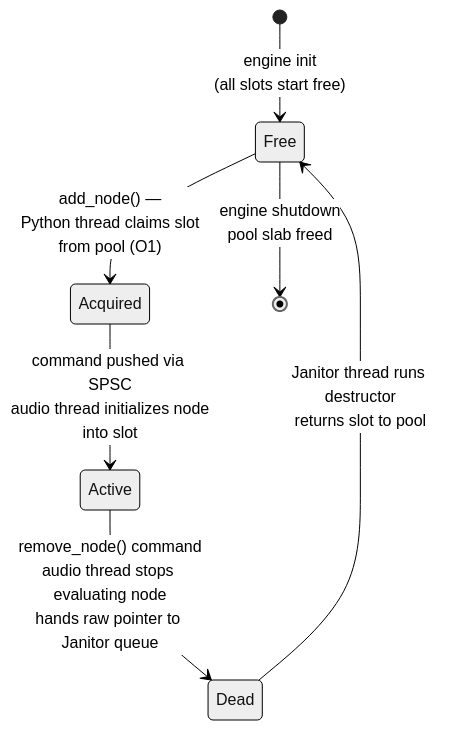
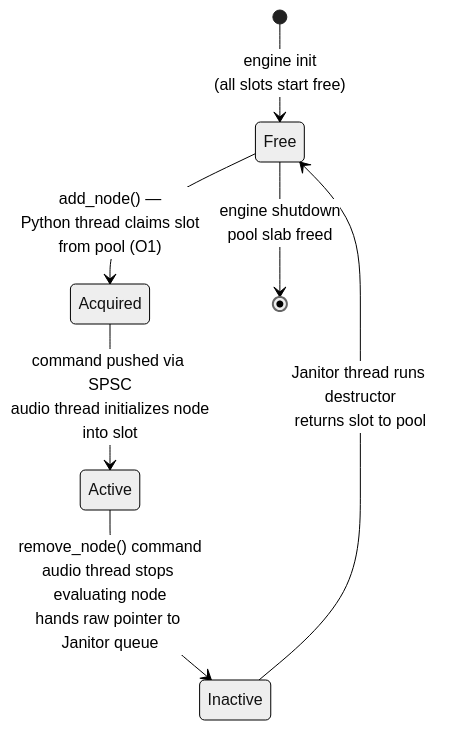
One commit to ademhoskin/mach changed the third of 7 diagrams in docs/research.md. Above: the diagram before and after it, drawn with Mermaid (neutral theme). The commit also changed other lines of this file, not shown here.

````diff
--- a/docs/research.md
+++ b/docs/research.md
@@ -279,9 +284,9 @@
 ```mermaid
 stateDiagram-v2
     [*] --> Free : engine init<br/>(all slots start free)
     Free --> Acquired : add_node() —<br/>Python thread claims slot<br/>from pool (O1)
     Acquired --> Active : command pushed via SPSC<br/>audio thread initializes node<br/>into slot
-    Active --> Dead : remove_node() command<br/>audio thread stops evaluating node<br/>hands raw pointer to Janitor queue
-    Dead --> Free : Janitor thread runs destructor<br/>returns slot to pool
+    Active --> Inactive : remove_node() command<br/>audio thread stops evaluating node<br/>hands raw pointer to Janitor queue
+    Inactive --> Free : Janitor thread runs destructor<br/>returns slot to pool
     Free --> [*] : engine shutdown<br/>pool slab freed
 ```
````
